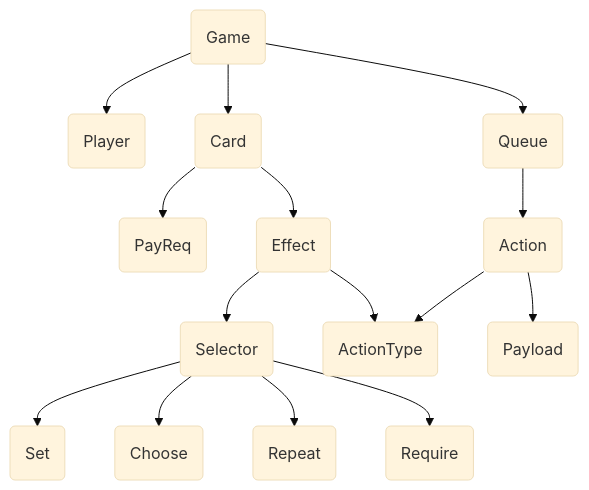
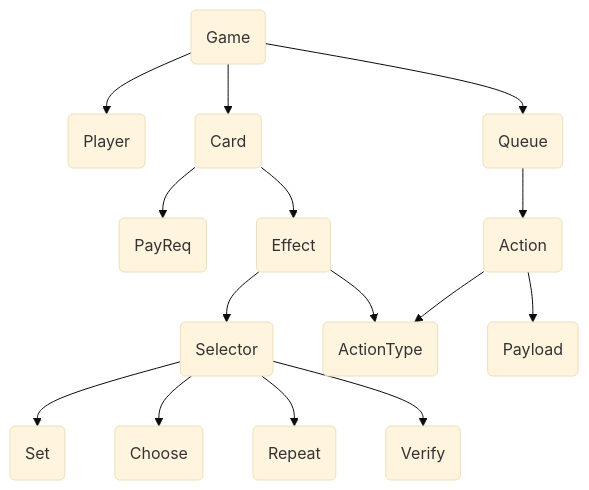
Before and after one commit to stephtelolahy/WildWestOnline: the first of 4 diagrams in README.md, drawn with Mermaid (base theme). The commit also changed other lines of this file and 1 other file, not shown here.

````diff
--- a/README.md
+++ b/README.md
@@ -33,17 +32,17 @@
 ```mermaid
 graph TD;
     GAME(Game) --> PLAYER(Player);
     GAME --> CARD(Card);
     GAME --> QUEUE(Queue);
     QUEUE --> ACTION(Action);
     ACTION --> ACTIONTYPE(ActionType);
     ACTION --> PAYLOAD(Payload);
     CARD --> PLAYREQ(PayReq);
     CARD --> EFFECT(Effect);
     EFFECT --> SELECTOR(Selector);
     EFFECT --> ACTIONTYPE;
     SELECTOR --> SETVALUE(Set);
     SELECTOR --> CHOOSE(Choose);
     SELECTOR --> REPEAT(Repeat);
-    SELECTOR --> VERIFY(Require);
+    SELECTOR --> VERIFY(Verify);
 ```
````
